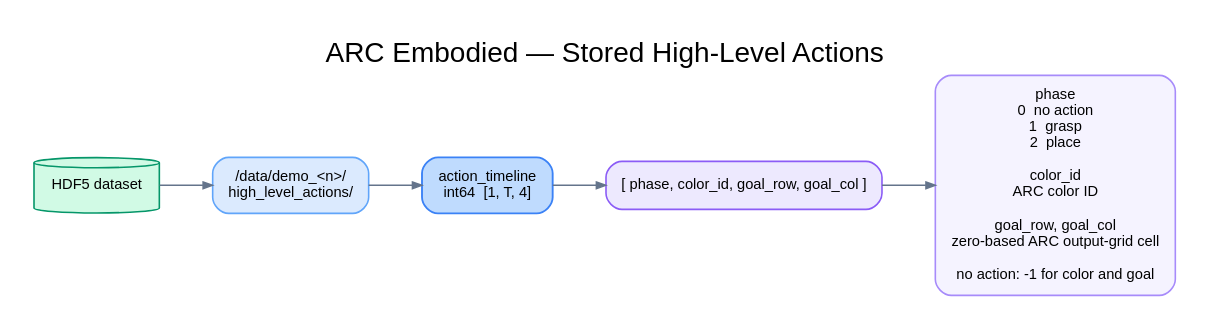
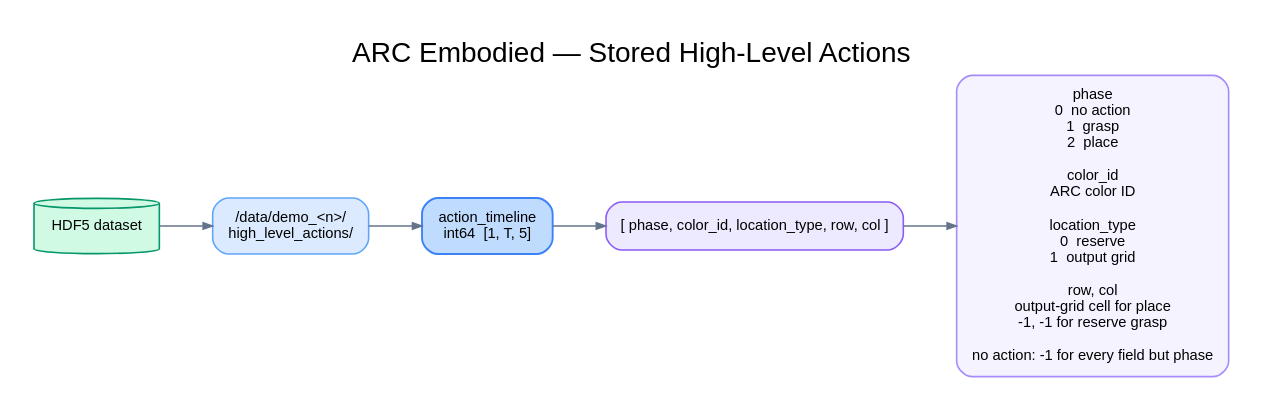
Before and after one commit to nardo7/era_bench: the diagram in source/era_bench/docs/architecture/arc_embodied_high_level_actions.dot, drawn with Graphviz. The commit also changed 6 other files, not shown here.

```diff
--- a/source/era_bench/docs/architecture/arc_embodied_high_level_actions.dot
+++ b/source/era_bench/docs/architecture/arc_embodied_high_level_actions.dot
@@ -1,65 +1,65 @@
 digraph ArcEmbodiedHighLevelActions {
   graph [
     label="ARC Embodied — Stored High-Level Actions",
     labelloc=t,
     fontsize=21,
     fontname="Arial",
     rankdir=LR,
     bgcolor="white",
     pad=0.25,
     nodesep=0.35,
     ranksep=0.55,
     splines=polyline
   ];
 
   node [
     shape=box,
     style="rounded,filled",
     fontname="Arial",
     fontsize=11,
     color="#334155",
     penwidth=1.2,
     margin="0.18,0.12"
   ];
 
   edge [
     color="#64748B",
     arrowsize=0.7,
     penwidth=1.1
   ];
 
   hdf5 [
     label="HDF5 dataset",
     shape=cylinder,
     style=filled,
     fillcolor="#D1FAE5",
     color="#059669"
   ];
 
   group [
     label="/data/demo_<n>/\nhigh_level_actions/",
     fillcolor="#DBEAFE",
     color="#60A5FA"
   ];
 
   timeline [
-    label="action_timeline\nint64  [1, T, 4]",
+    label="action_timeline\nint64  [1, T, 5]",
     fillcolor="#BFDBFE",
     color="#3B82F6",
     penwidth=1.4
   ];
 
   fields [
-    label="[ phase, color_id, goal_row, goal_col ]",
+    label="[ phase, color_id, location_type, row, col ]",
     fillcolor="#EDE9FE",
     color="#8B5CF6"
   ];
 
   legend [
-    label="phase\n0  no action\n1  grasp\n2  place\n\ncolor_id\nARC color ID\n\ngoal_row, goal_col\nzero-based ARC output-grid cell\n\nno action: -1 for color and goal",
+    label="phase\n0  no action\n1  grasp\n2  place\n\ncolor_id\nARC color ID\n\nlocation_type\n0  reserve\n1  output grid\n\nrow, col\noutput-grid cell for place\n-1, -1 for reserve grasp\n\nno action: -1 for every field but phase",
     fillcolor="#F5F3FF",
     color="#A78BFA"
   ];
 
   hdf5 -> group -> timeline -> fields -> legend;
 }
```
